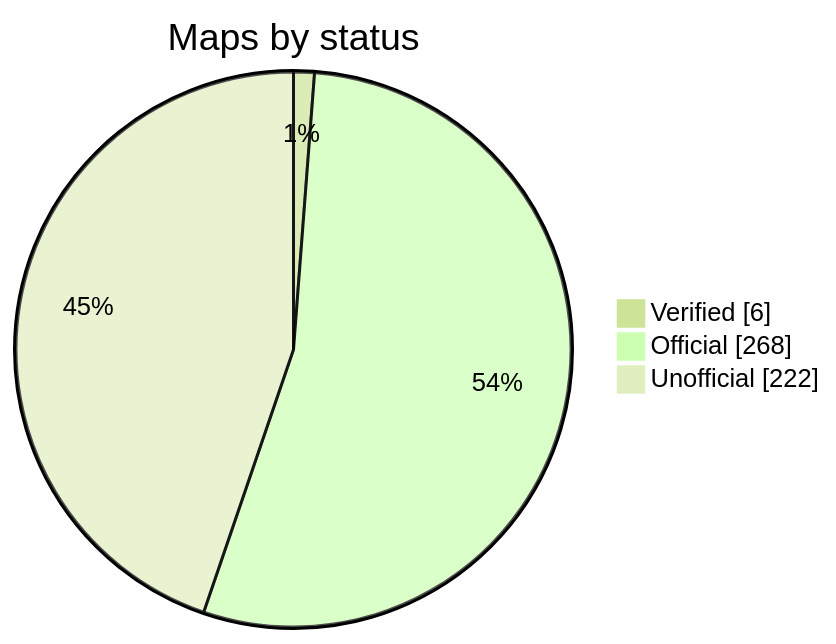
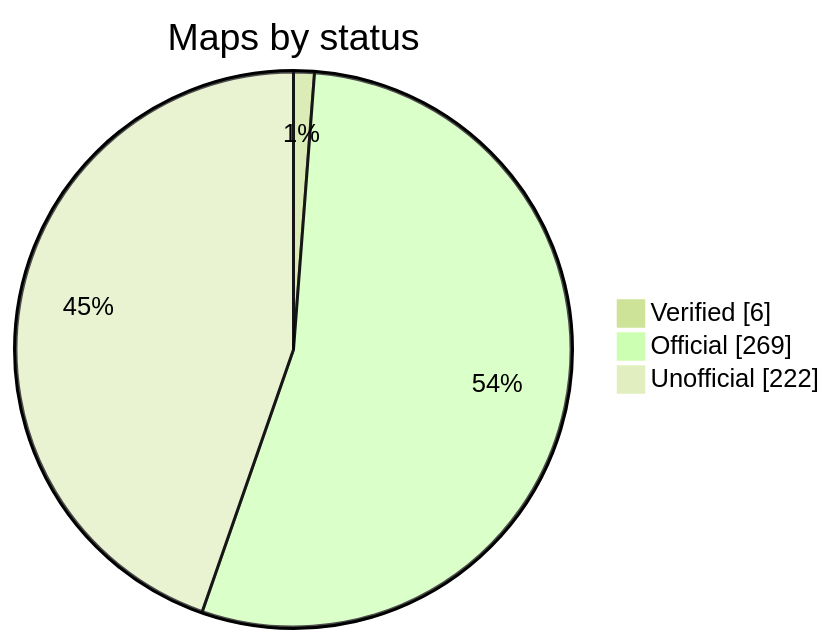
One commit to nobrega8/mbmap-library changed the diagram in README.md. Above: the diagram before and after it, drawn with Mermaid (forest theme). The commit also changed 2 other files, not shown here.

Commit message:
Add the WEG CFW11 map (#85)

````diff
--- a/README.md
+++ b/README.md
@@ -48,7 +48,7 @@
 ```mermaid
 pie showData
     title Maps by status
     "Verified" : 6
-    "Official" : 268
+    "Official" : 269
     "Unofficial" : 222
 ```
````
